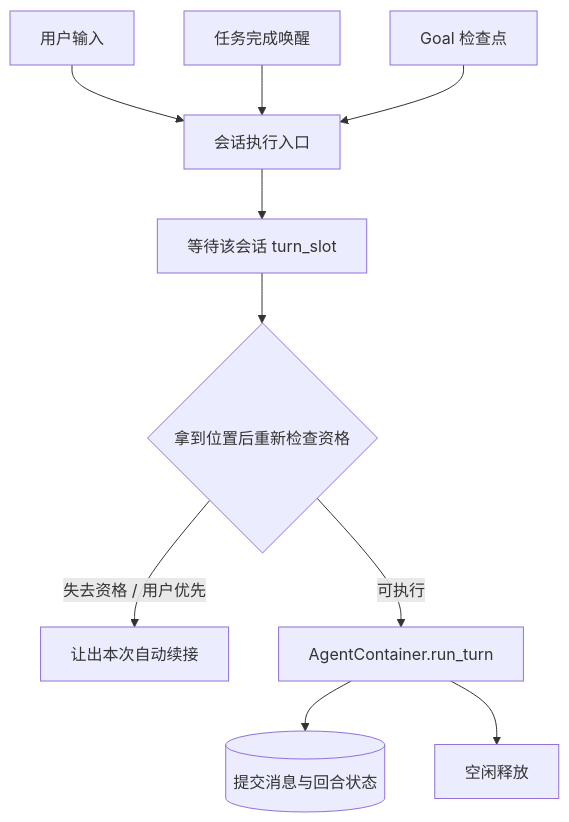
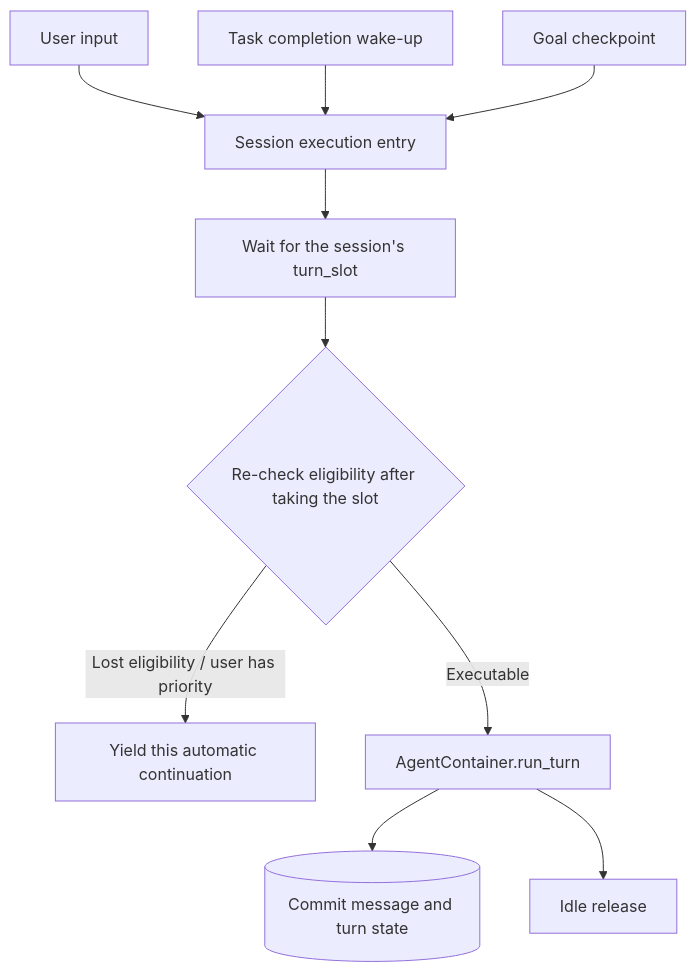
The diagram in docs/internals/01-runtime/execution-coordinator.md (Azzurroooo/rind), drawn with Mermaid before and after one commit. The commit also changed other lines of this file and 109 other files, not shown here.

```diff
--- a/docs/internals/01-runtime/execution-coordinator.md
+++ b/docs/internals/01-runtime/execution-coordinator.md
@@ -5,12 +7,12 @@
 ~~~mermaid
 flowchart TB
-    U["用户输入"] --> Q["会话执行入口"]
-    T["任务完成唤醒"] --> Q
-    G["Goal 检查点"] --> Q
-    Q --> L["等待该会话 turn_slot"]
-    L --> CHECK{"拿到位置后重新检查资格"}
-    CHECK -->|"失去资格 / 用户优先"| SKIP["让出本次自动续接"]
-    CHECK -->|"可执行"| A["AgentContainer.run_turn"]
-    A --> P[("提交消息与回合状态")]
-    A --> R["空闲释放"]
+    U["User input"] --> Q["Session execution entry"]
+    T["Task completion wake-up"] --> Q
+    G["Goal checkpoint"] --> Q
+    Q --> L["Wait for the session's turn_slot"]
+    L --> CHECK{"Re-check eligibility after taking the slot"}
+    CHECK -->|"Lost eligibility / user has priority"| SKIP["Yield this automatic continuation"]
+    CHECK -->|"Executable"| A["AgentContainer.run_turn"]
+    A --> P[("Commit message and turn state")]
+    A --> R["Idle release"]
 ~~~
```
